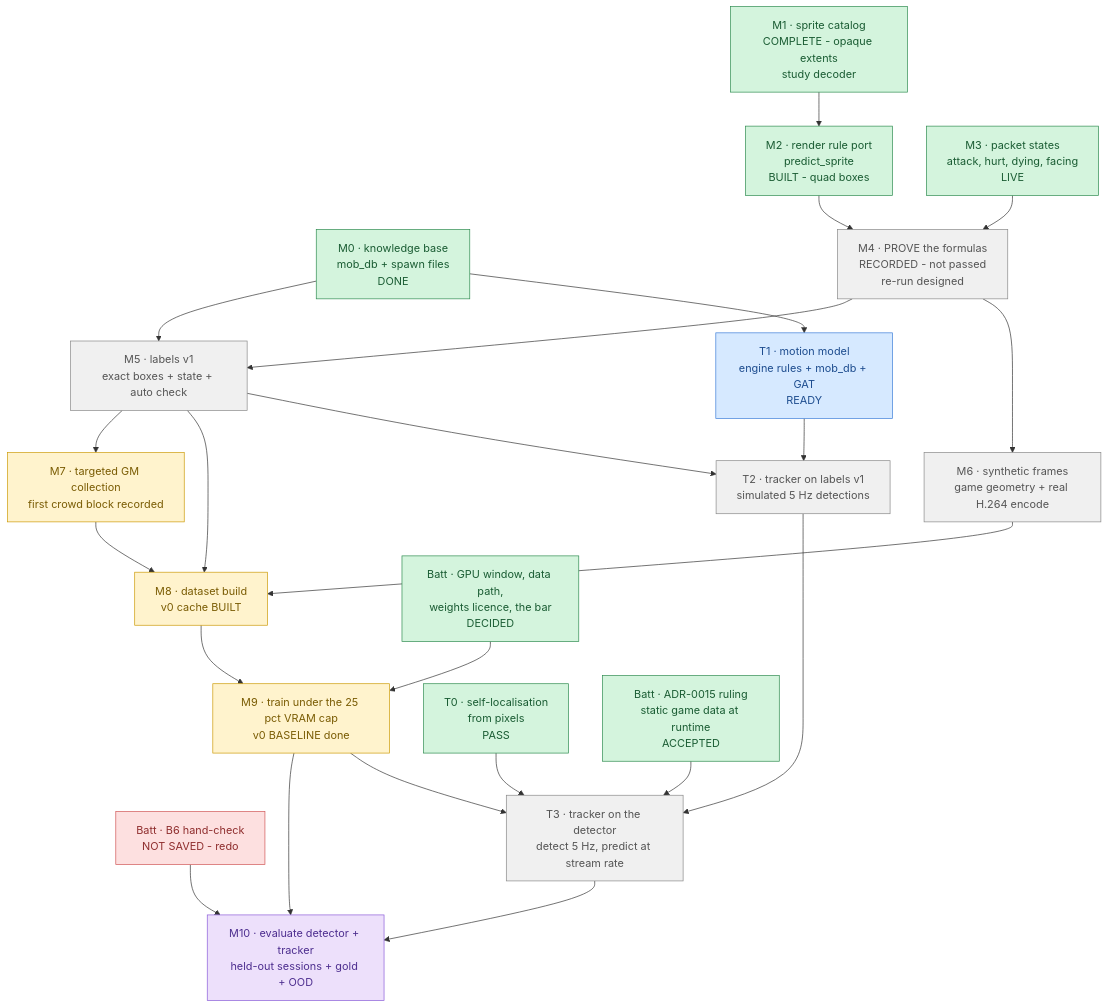
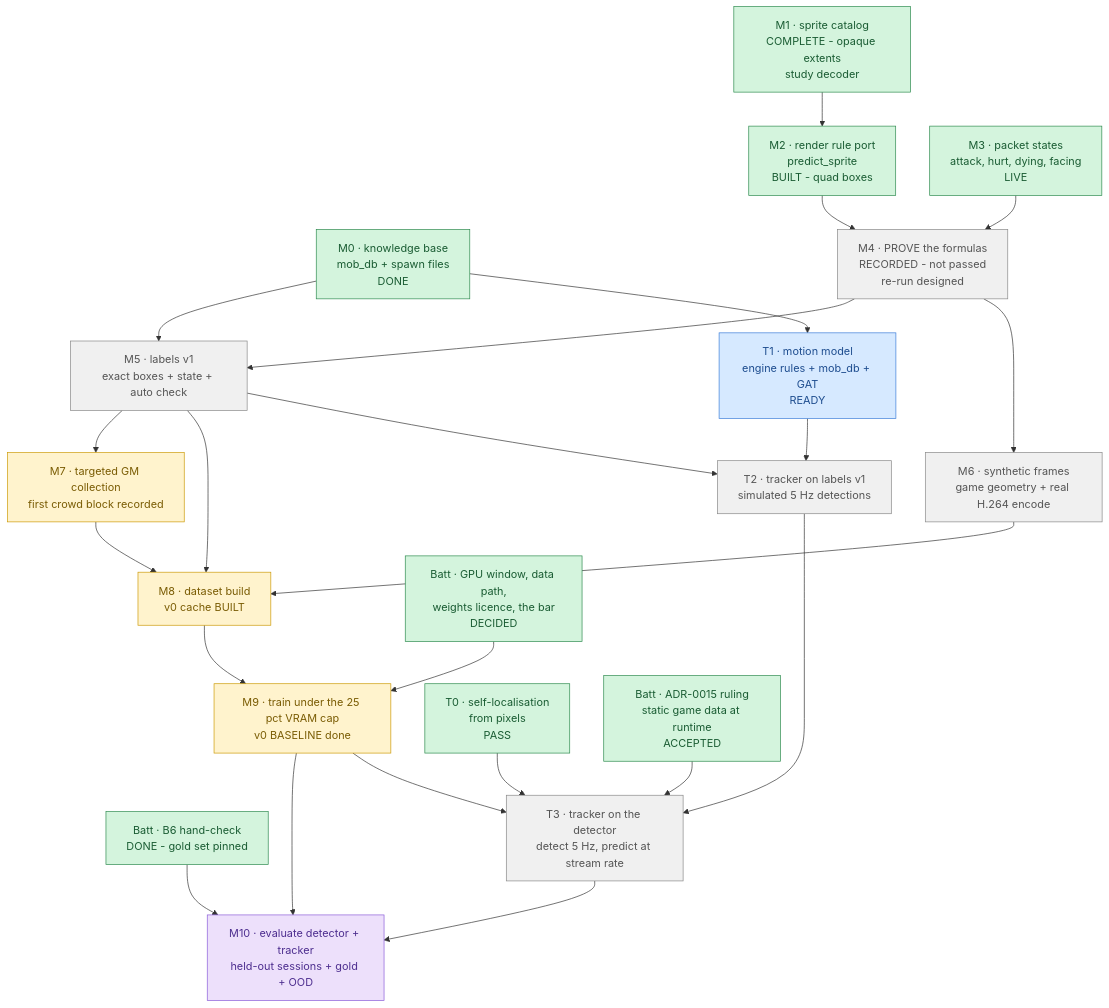
One commit to lumduan/poring-lab changed the diagram in docs/phase3-plan.md. Above: the diagram before and after it, drawn with Mermaid. The commit also changed other lines of this file and 3 other files, not shown here.

First line of the commit message:
docs(phase3): B6 hand-check done -- the gold set pinned; label_iou baseline for v0 labels

````diff
--- a/docs/phase3-plan.md
+++ b/docs/phase3-plan.md
@@ -63,40 +63,39 @@
 ```mermaid
 flowchart TD
     M0["M0 · knowledge base<br/>mob_db + spawn files<br/>DONE"] --> M5
     M1["M1 · sprite catalog<br/>COMPLETE - opaque extents<br/>study decoder"] --> M2
     M2["M2 · render rule port<br/>predict_sprite<br/>BUILT - quad boxes"] --> M4
     M3["M3 · packet states<br/>attack, hurt, dying, facing<br/>LIVE"] --> M4
     M4["M4 · PROVE the formulas<br/>RECORDED - not passed<br/>re-run designed"] --> M5
     M4 --> M6
     M5["M5 · labels v1<br/>exact boxes + state + auto check"] --> M7
     M5 --> M8
     M6["M6 · synthetic frames<br/>game geometry + real H.264 encode"] --> M8
     M7["M7 · targeted GM collection<br/>first crowd block recorded"] --> M8
     M8["M8 · dataset build<br/>v0 cache BUILT"] --> M9
     D1["Batt · GPU window, data path,<br/>weights licence, the bar<br/>DECIDED"] --> M9
     M9["M9 · train under the 25 pct VRAM cap<br/>v0 BASELINE done"] --> M10
-    G["Batt · B6 hand-check<br/>NOT SAVED - redo"] --> M10
+    G["Batt · B6 hand-check<br/>DONE - gold set pinned"] --> M10
     M10["M10 · evaluate detector + tracker<br/>held-out sessions + gold + OOD"]
     M0 --> T1
     T1["T1 · motion model<br/>engine rules + mob_db + GAT<br/>READY"] --> T2
     M5 --> T2
     T2["T2 · tracker on labels v1<br/>simulated 5 Hz detections"] --> T3
     T0["T0 · self-localisation<br/>from pixels<br/>PASS"] --> T3
     M9 --> T3
     R["Batt · ADR-0015 ruling<br/>static game data at runtime<br/>ACCEPTED"] --> T3
     T3["T3 · tracker on the detector<br/>detect 5 Hz, predict at stream rate"] --> M10
 
     classDef done     fill:#d4f4dd,stroke:#2d8a4e,color:#1a5c33
     classDef active   fill:#fff3cd,stroke:#cc9a06,color:#7a5c04
     classDef ready    fill:#d6e9ff,stroke:#3b7dd8,color:#1e4d8f
     classDef blocked  fill:#f0f0f0,stroke:#888,color:#555
     classDef decision fill:#fde0e0,stroke:#d05555,color:#8f2e2e
     classDef goal     fill:#ede0fb,stroke:#8a5cd8,color:#4d2e8f
 
-    class M0,M1,M2,M3,T0,D1,R done
+    class M0,M1,M2,M3,T0,D1,R,G done
     class M7,M8,M9 active
     class T1 ready
     class M4,M5,M6,T2,T3 blocked
-    class G decision
     class M10 goal
 ```
````
